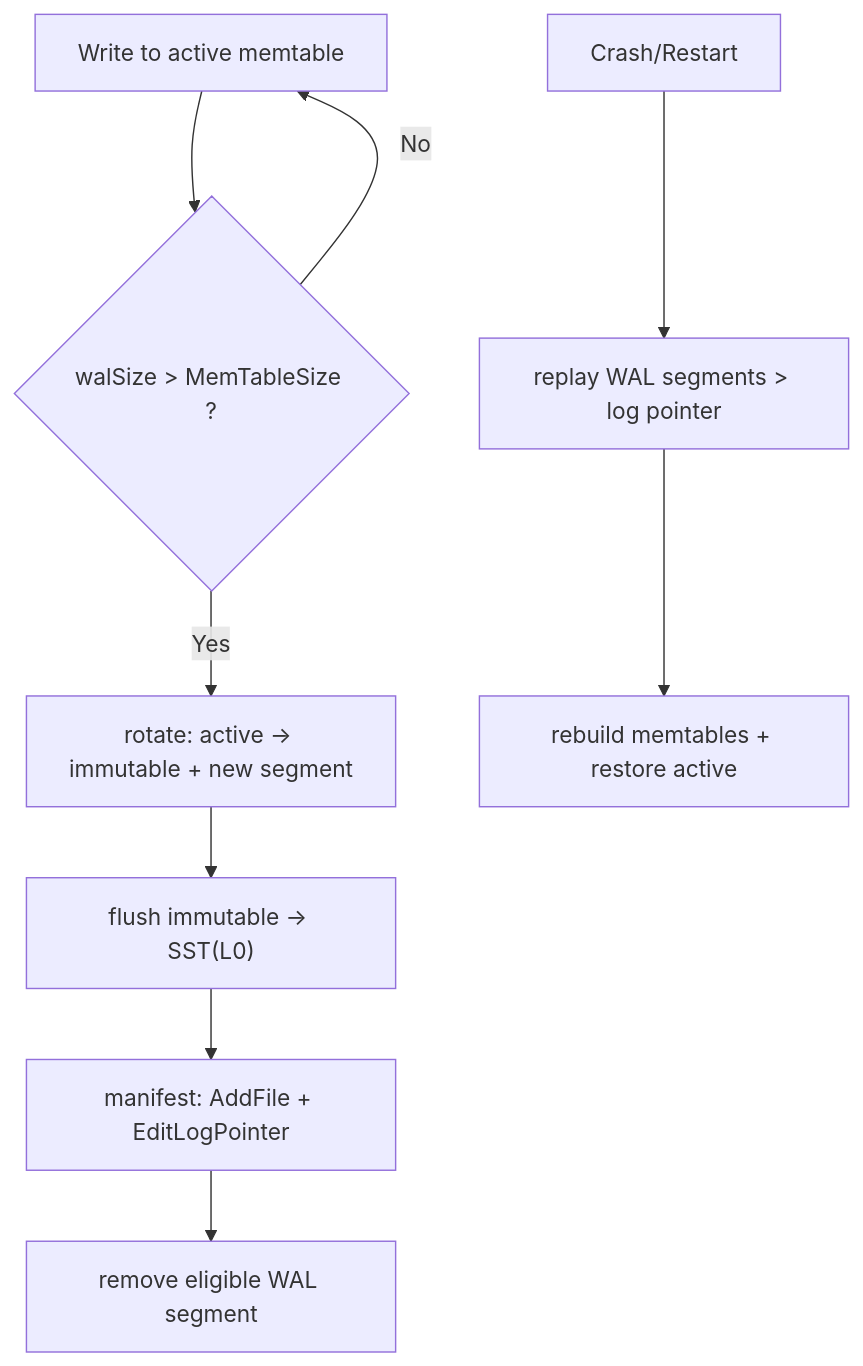
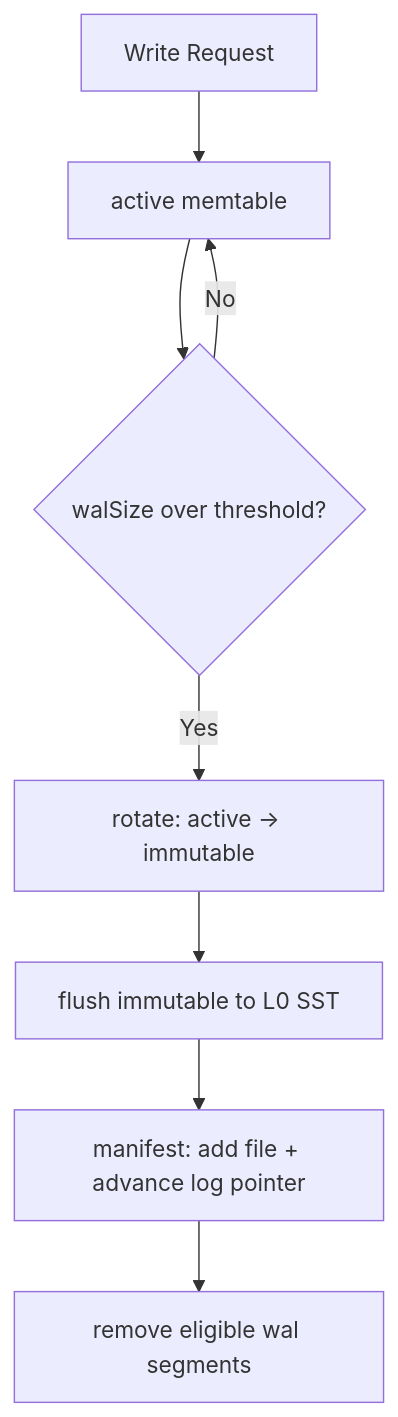
One commit to feichai0017/NoKV changed the first of 3 diagrams in docs/notes/2026-02-09-memory-craft-memtable-arena-skiplist-art.md. Above: the diagram before and after it, drawn with Mermaid. The commit also changed other lines of this file and 3 other files, not shown here.

````diff
--- a/docs/notes/2026-02-09-memory-craft-memtable-arena-skiplist-art.md
+++ b/docs/notes/2026-02-09-memory-craft-memtable-arena-skiplist-art.md
@@ -119,11 +27,10 @@
 ```mermaid
 flowchart TD
-  W["Write to active memtable"] --> C{"walSize > MemTableSize ?"}
-  C -->|No| W
-  C -->|Yes| R["rotate: active -> immutable + new segment"]
-  R --> F["flush immutable -> SST(L0)"]
-  F --> M["manifest: AddFile + EditLogPointer"]
-  M --> G["remove eligible WAL segment"]
-  Crash["Crash/Restart"] --> Replay["replay WAL segments > log pointer"]
-  Replay --> Rebuild["rebuild memtables + restore active"]
+  W["Write Request"] --> A["active memtable"]
+  A --> B{"walSize over threshold?"}
+  B -->|No| A
+  B -->|Yes| R["rotate: active -> immutable"]
+  R --> F["flush immutable to L0 SST"]
+  F --> M["manifest: add file + advance log pointer"]
+  M --> G["remove eligible wal segments"]
 ```
````
